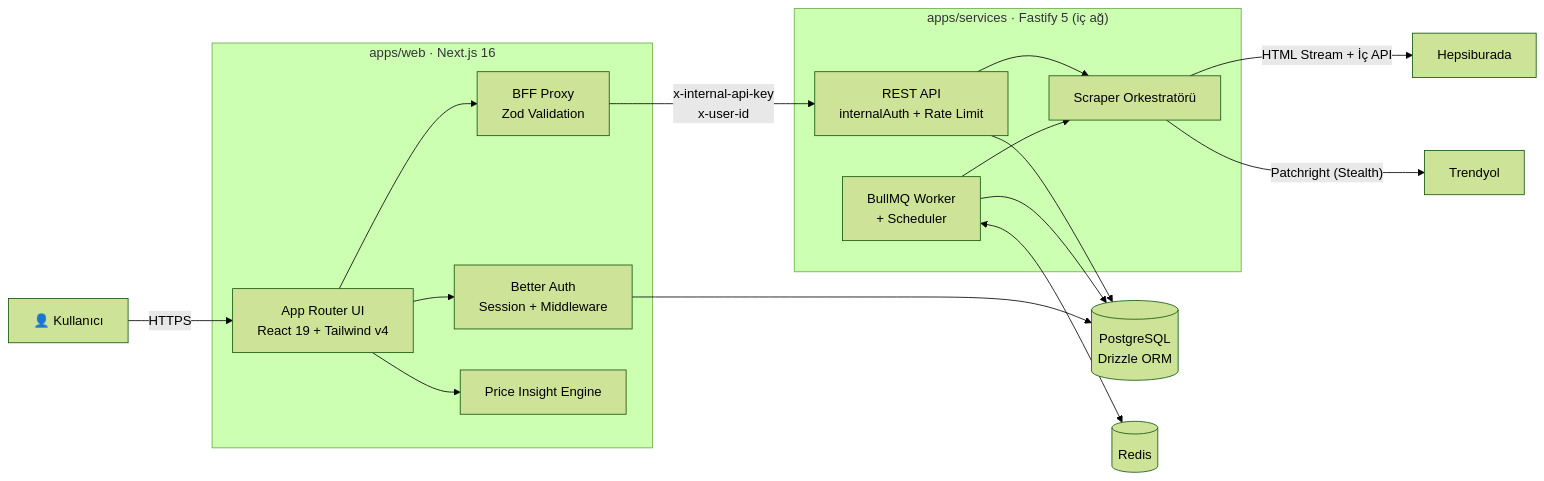
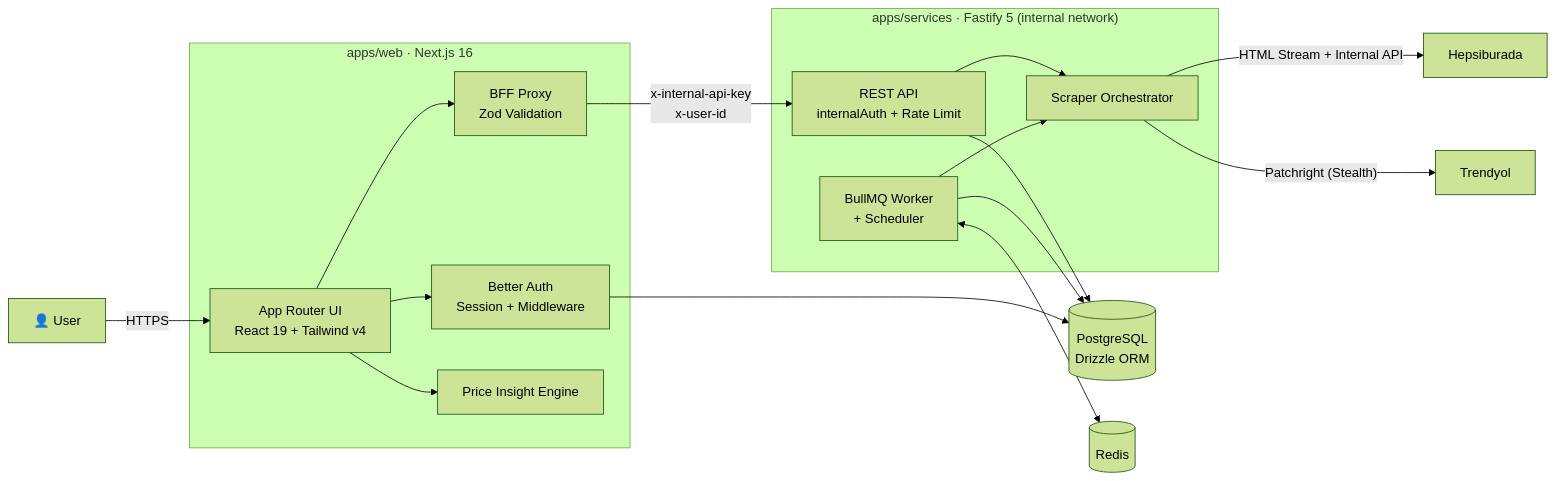
The second of 4 diagrams in README.md (borayrdmc/Karma), drawn with Mermaid (forest theme) before and after one commit. The commit also changed other lines of this file and 1 other file, not shown here.

````diff
--- a/README.md
+++ b/README.md
@@ -128,31 +132,31 @@
 ```mermaid
 flowchart LR
-    U["👤 Kullanıcı"] -->|HTTPS| W
+    U["👤 User"] -->|HTTPS| W
 
     subgraph WEB["apps/web · Next.js 16"]
         W["App Router UI<br/>React 19 + Tailwind v4"]
         BA["Better Auth<br/>Session + Middleware"]
         BFF["BFF Proxy<br/>Zod Validation"]
         PI["Price Insight Engine"]
     end
 
-    subgraph SVC["apps/services · Fastify 5 (iç ağ)"]
+    subgraph SVC["apps/services · Fastify 5 (internal network)"]
         API["REST API<br/>internalAuth + Rate Limit"]
-        SCR["Scraper Orkestratörü"]
+        SCR["Scraper Orchestrator"]
         Q["BullMQ Worker<br/>+ Scheduler"]
     end
 
     W --> BA
     W --> BFF
     W --> PI
     BFF -->|"x-internal-api-key<br/>x-user-id"| API
     API --> SCR
     Q --> SCR
-    SCR -->|"HTML Stream + İç API"| HB["Hepsiburada"]
+    SCR -->|"HTML Stream + Internal API"| HB["Hepsiburada"]
     SCR -->|"Patchright (Stealth)"| TY["Trendyol"]
 
     BA --> DB[("PostgreSQL<br/>Drizzle ORM")]
     API --> DB
     Q --> DB
     Q <--> R[("Redis")]
 ```
````
